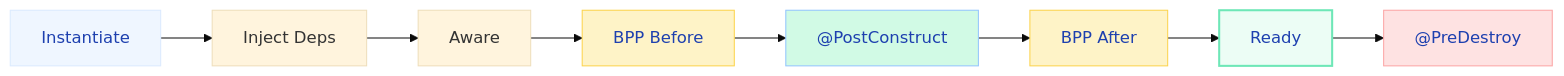
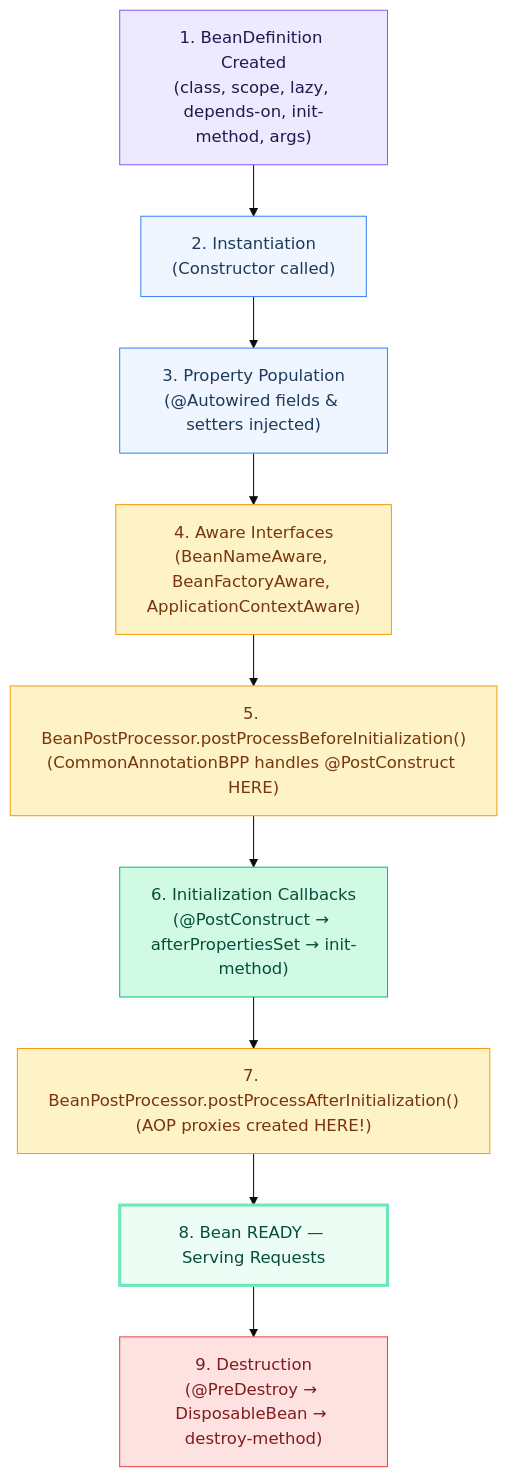
Before and after one commit to saivamsikaruturi/vamsilabs-dev-notes-main: the first of 8 diagrams in docs/springboot/bean-lifecycle.md, drawn with Mermaid (base theme). The commit also changed other lines of this file and 21 other files, not shown here.

````diff
--- a/docs/springboot/bean-lifecycle.md
+++ b/docs/springboot/bean-lifecycle.md
@@ -5,17 +11,24 @@
 ```mermaid
-flowchart LR
-    I["Instantiate"] --> P["Inject Deps"]
-    P --> A["Aware"]
-    A --> B1["BPP Before"]
-    B1 --> PC["@PostConstruct"]
-    PC --> B2["BPP After"]
-    B2 --> R["Ready"]
-    R --> PD["@PreDestroy"]
+flowchart TD
+    BD["1. BeanDefinition Created<br/>(class, scope, lazy, depends-on, init-method, args)"]
+    INST["2. Instantiation<br/>(Constructor called)"]
+    PP["3. Property Population<br/>(@Autowired fields & setters injected)"]
+    AWARE["4. Aware Interfaces<br/>(BeanNameAware, BeanFactoryAware, ApplicationContextAware)"]
+    BPP_B["5. BeanPostProcessor.postProcessBeforeInitialization()<br/>(CommonAnnotationBPP handles @PostConstruct HERE)"]
+    INIT["6. Initialization Callbacks<br/>(@PostConstruct → afterPropertiesSet → init-method)"]
+    BPP_A["7. BeanPostProcessor.postProcessAfterInitialization()<br/>(AOP proxies created HERE!)"]
+    READY["8. Bean READY — Serving Requests"]
+    DESTROY["9. Destruction<br/>(@PreDestroy → DisposableBean → destroy-method)"]
 
-    style I fill:#EFF6FF,stroke:#DBEAFE,color:#1E40AF
-    style PC fill:#D1FAE5,stroke:#93C5FD,color:#1E40AF
-    style B1 fill:#FEF3C7,stroke:#FCD34D,color:#1E40AF
-    style B2 fill:#FEF3C7,stroke:#FCD34D,color:#1E40AF
-    style R fill:#ECFDF5,stroke:#6EE7B7,stroke-width:2px,color:#1E40AF
-    style PD fill:#FEE2E2,stroke:#FCA5A5,color:#1E40AF
+    BD --> INST --> PP --> AWARE --> BPP_B --> INIT --> BPP_A --> READY --> DESTROY
+
+    style BD fill:#EDE9FE,stroke:#8B5CF6,color:#1E1B4B
+    style INST fill:#EFF6FF,stroke:#3B82F6,color:#1E3A5A
+    style PP fill:#EFF6FF,stroke:#3B82F6,color:#1E3A5A
+    style AWARE fill:#FEF3C7,stroke:#F59E0B,color:#78350F
+    style BPP_B fill:#FEF3C7,stroke:#F59E0B,color:#78350F
+    style INIT fill:#D1FAE5,stroke:#10B981,color:#064E3B
+    style BPP_A fill:#FEF3C7,stroke:#F59E0B,color:#78350F
+    style READY fill:#ECFDF5,stroke:#6EE7B7,stroke-width:3px,color:#064E3B
+    style DESTROY fill:#FEE2E2,stroke:#EF4444,color:#7F1D1D
 ```
````
